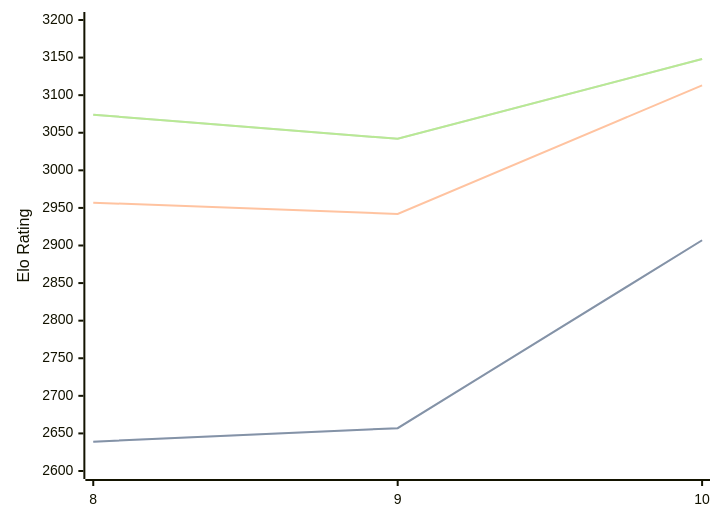
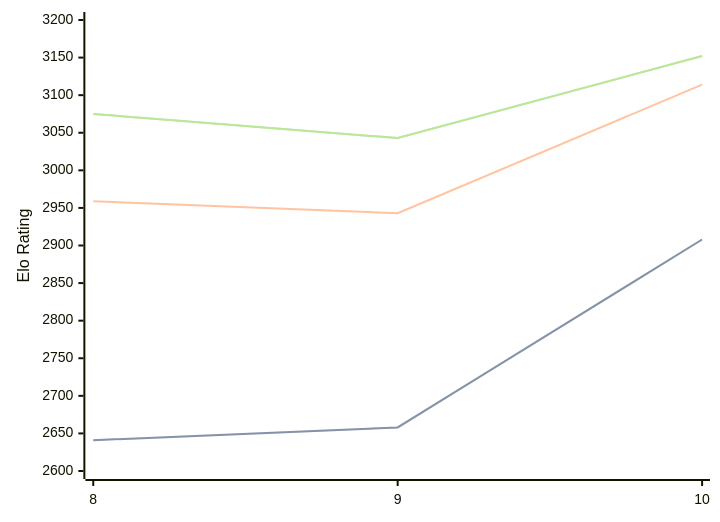
One commit to computer-chess-index/cci changed the diagram in engines/Lozza.md. Above: the diagram before and after it, drawn with Mermaid. The commit also changed other lines of this file, not shown here.

Commit message:
Update CCI Ratings (ELO VLTC) - 2026-02-20

````diff
--- a/engines/Lozza.md
+++ b/engines/Lozza.md
@@ -38,11 +38,11 @@
 ```mermaid
 %%{init: {"theme":"base","themeVariables":{"seriesColors:['#a3a3a3','#222221','#faa371']}}}%%
 xychart-beta
   x-axis ["8", "9", "10"]
   y-axis "Elo Rating" 2600 --> 3200
-  line "STC (8.0+0.08s)" [2639, 2657, 2907]
-  line "STC (8.0+0.08s)" [2639, 2657, 2907]
-  line "LTC (60.0+0.60s)" [2957, 2942, 3113]
-  line "VLTC (2m24s+1.12s)" [3074, 3042, 3148]
-  line "VLTC (2m24s+1.12s)" [3074, 3042, 3148]
+  line "STC (8.0+0.08s)" [2641, 2658, 2908]
+  line "STC (8.0+0.08s)" [2641, 2658, 2908]
+  line "LTC (60.0+0.60s)" [2959, 2943, 3114]
+  line "VLTC (2m24s+1.12s)" [3075, 3043, 3152]
+  line "VLTC (2m24s+1.12s)" [3075, 3043, 3152]
 ```
````
